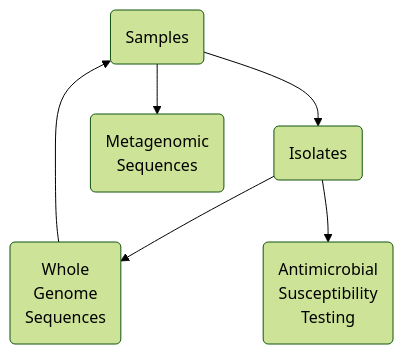
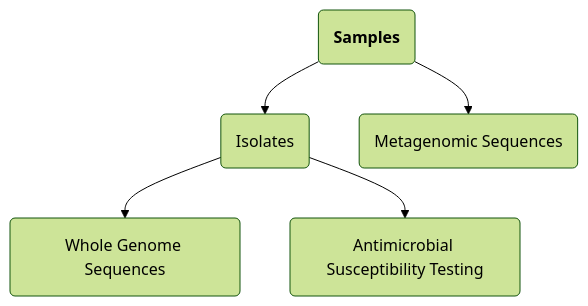
The diagram in metadata_standards_sop.md (grdi-amr/docs-and-SOPs), drawn with Mermaid (forest theme) before and after one commit. The commit also changed other lines of this file, not shown here.

Commit message:
tests markdown formatting

````diff
--- a/metadata_standards_sop.md
+++ b/metadata_standards_sop.md
@@ -45,8 +45,8 @@
 ```mermaid
 graph TD;
 
-sam("Samples") --> iso("Isolates") --> wgs(Whole\nGenome\nSequences) --> 
-sam --> mtg(Metagenomic\nSequences)
-iso --> ast(Antimicrobial\nSusceptibility\nTesting)
+sam("`**Samples**`") --> iso("Isolates") --> wgs("Whole Genome Sequences")
+sam --> mtg("Metagenomic Sequences")
+iso --> ast("Antimicrobial Susceptibility Testing")
 
 ```
````
